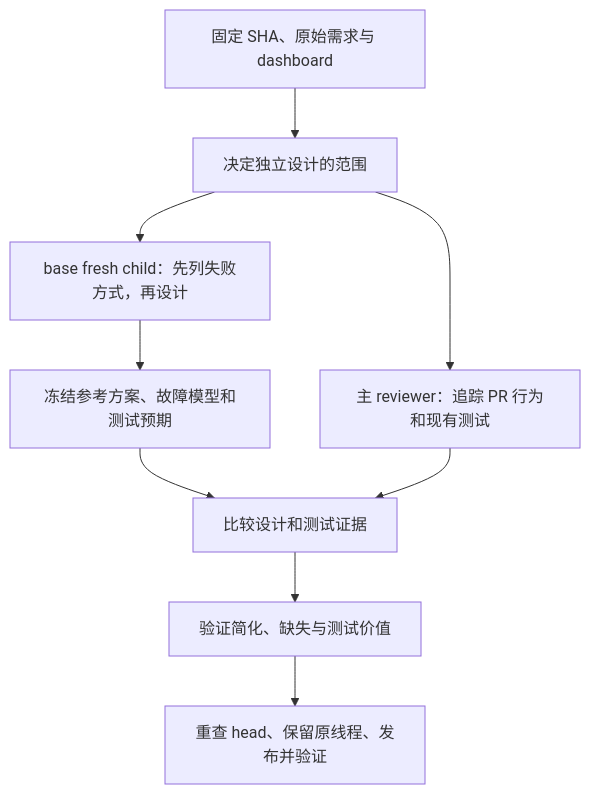
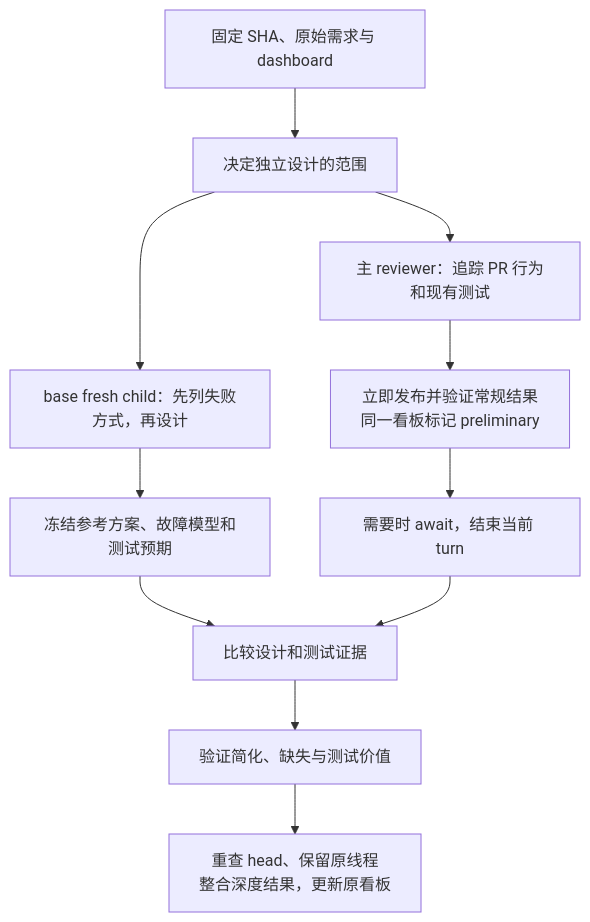
The second of 2 diagrams in docs/review-subtasks-design.md (ShigureLab/nyanpasu), drawn with Mermaid before and after one commit. The commit also changed other lines of this file and 1 other file, not shown here.

````diff
--- a/docs/review-subtasks-design.md
+++ b/docs/review-subtasks-design.md
@@ -237,11 +238,13 @@
 ```mermaid
 flowchart TD
     A[固定 SHA、原始需求与 dashboard] --> B[决定独立设计的范围]
     B --> C[base fresh child：先列失败方式，再设计]
     B --> D[主 reviewer：追踪 PR 行为和现有测试]
     C --> E[冻结参考方案、故障模型和测试预期]
+    D --> P[立即发布并验证常规结果<br/>同一看板标记 preliminary]
     E --> F[比较设计和测试证据]
-    D --> F
+    P --> W[需要时 await，结束当前 turn]
+    W --> F
     F --> G[验证简化、缺失与测试价值]
-    G --> H[重查 head、保留原线程、发布并验证]
+    G --> H[重查 head、保留原线程<br/>整合深度结果，更新原看板]
 ```
````
